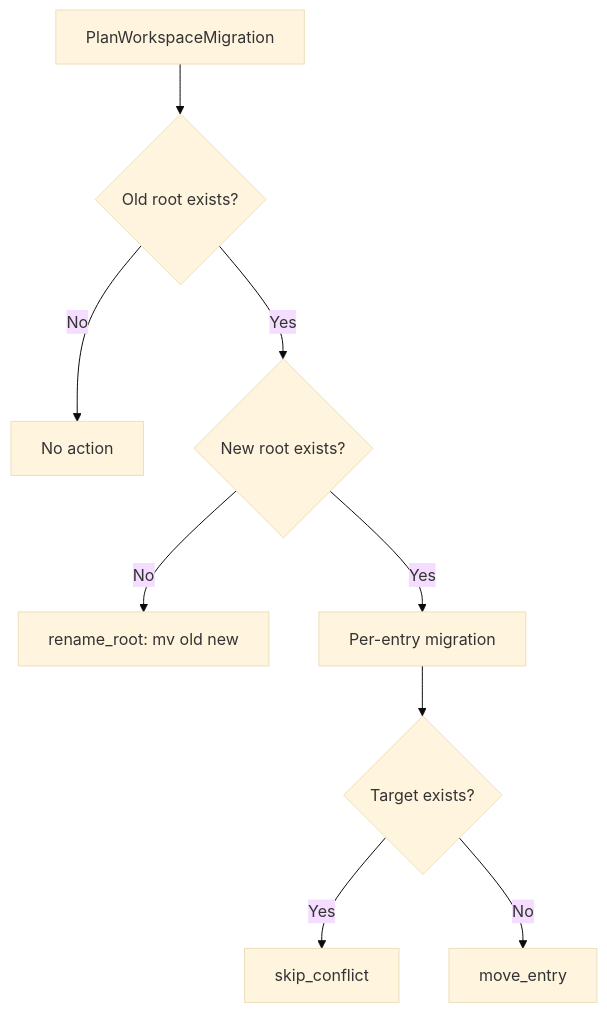
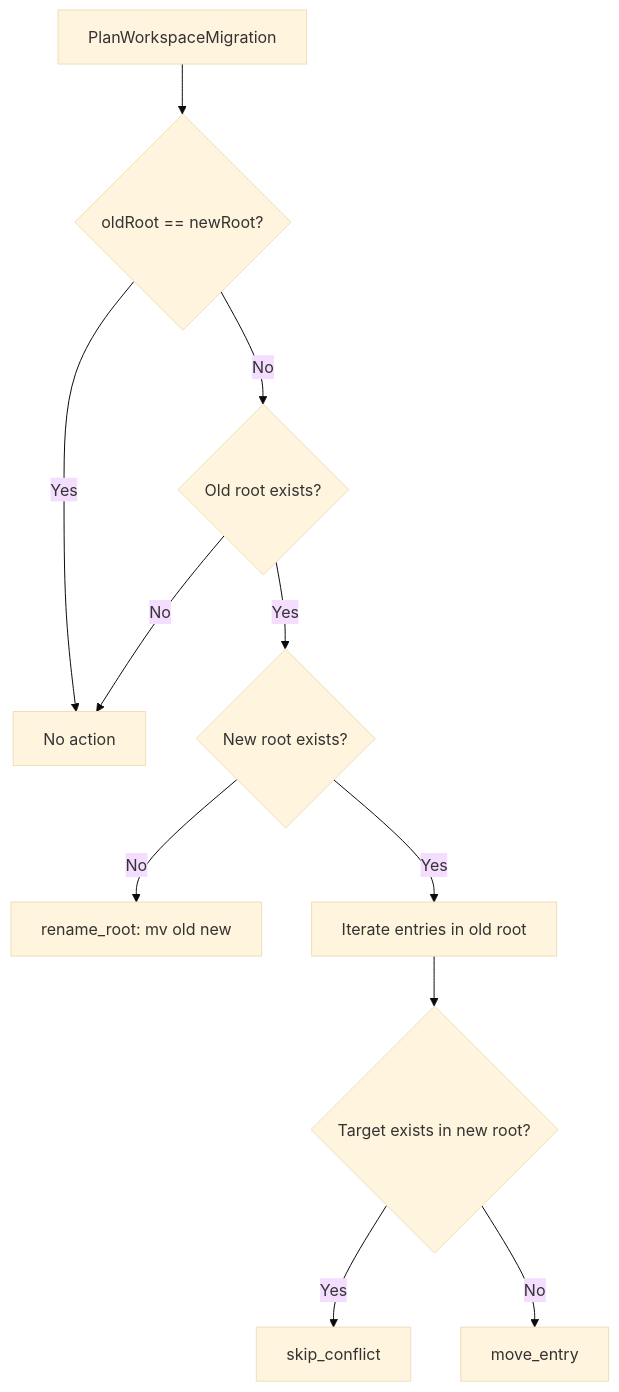
The second of 2 diagrams in docs/backend/workspace.md (bradAGI/Orchestra), drawn with Mermaid (base theme) before and after one commit. The commit also changed other lines of this file and 4 other files, not shown here.

````diff
--- a/docs/backend/workspace.md
+++ b/docs/backend/workspace.md
@@ -140,11 +219,13 @@
 ```mermaid
-graph TD
-    P[PlanWorkspaceMigration] --> A{Old root exists?}
-    A -->|No| DONE[No action]
-    A -->|Yes| B{New root exists?}
-    B -->|No| C[rename_root: mv old new]
-    B -->|Yes| D[Per-entry migration]
-    D --> E{Target exists?}
-    E -->|Yes| F[skip_conflict]
-    E -->|No| G[move_entry]
+flowchart TD
+    START[PlanWorkspaceMigration] --> A{oldRoot == newRoot?}
+    A -->|Yes| NOOP[No action]
+    A -->|No| B{Old root exists?}
+    B -->|No| NOOP
+    B -->|Yes| C{New root exists?}
+    C -->|No| D[rename_root: mv old new]
+    C -->|Yes| E[Iterate entries in old root]
+    E --> F{Target exists in new root?}
+    F -->|Yes| G[skip_conflict]
+    F -->|No| H[move_entry]
 ```
````
